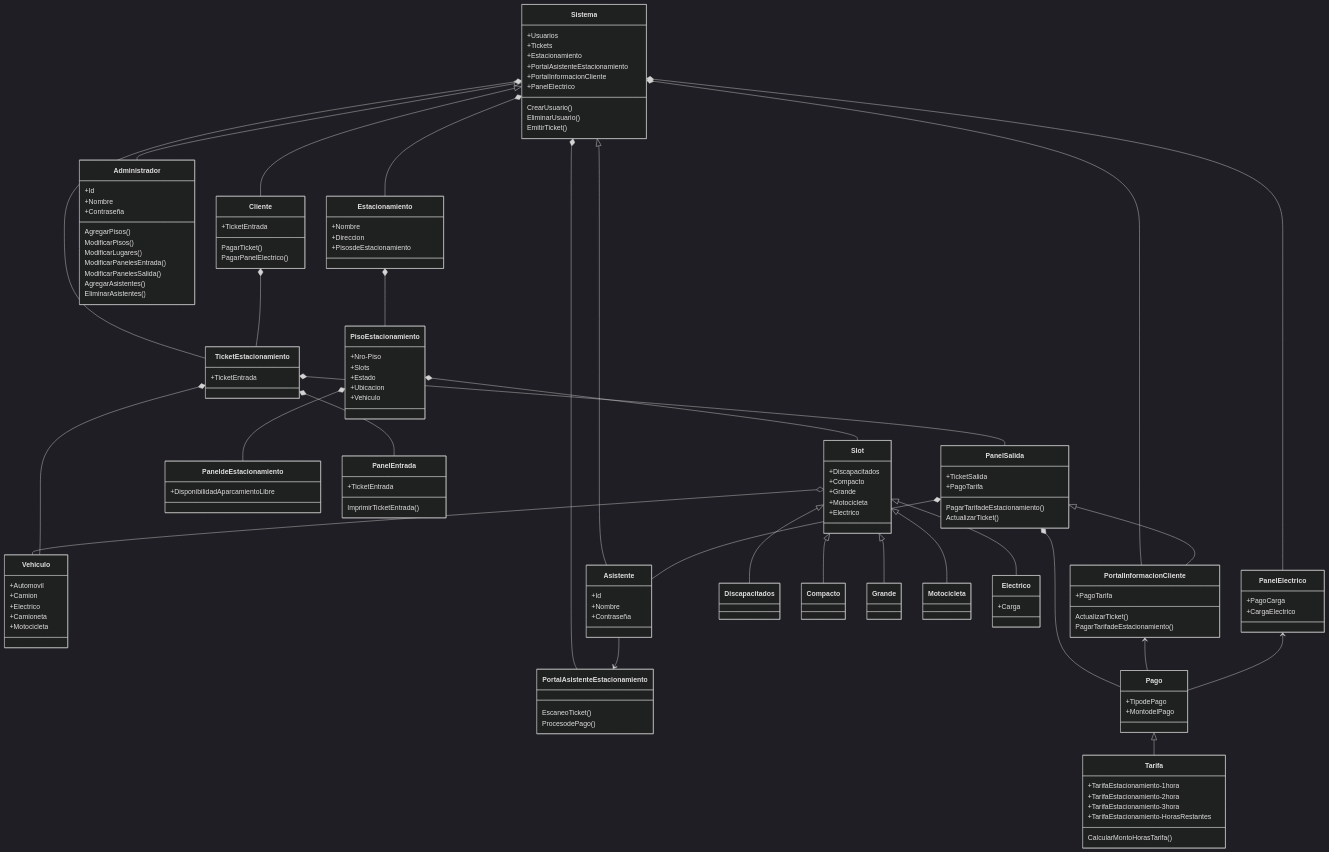
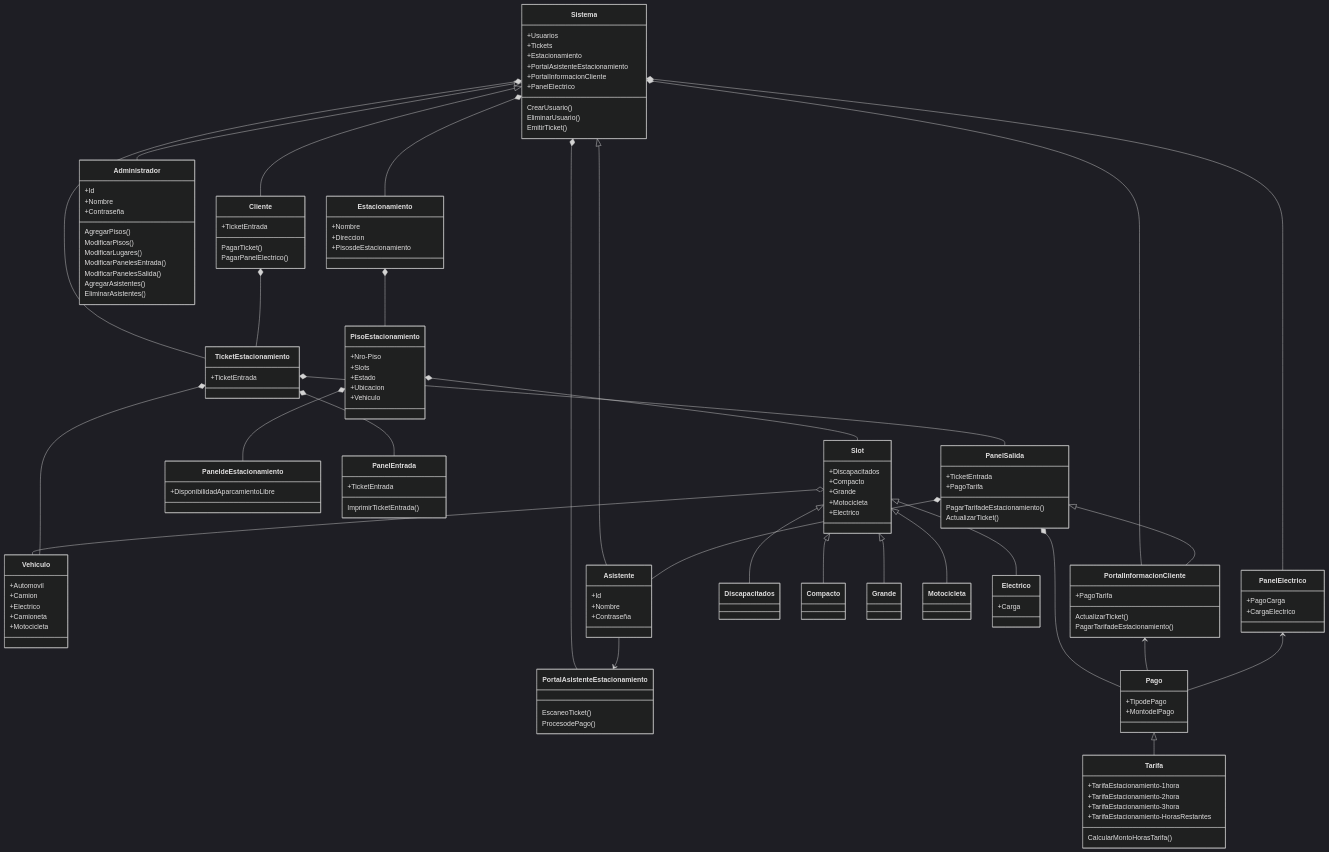
Before and after one commit to 09MauroID/Estacionamiento: the diagram in doc/diagrama.mmd, drawn with Mermaid (dark theme).

```diff
--- a/doc/diagrama.mmd
+++ b/doc/diagrama.mmd
@@ -1,149 +1,149 @@
 classDiagram
     Estacionamiento *-- PisoEstacionamiento
     PisoEstacionamiento *-- Slot
     Slot o-- Vehiculo
     PisoEstacionamiento *-- PaneldeEstacionamiento
     
     Sistema *-- Estacionamiento
     Sistema *-- TicketEstacionamiento
     Sistema *-- PortalAsistenteEstacionamiento
     Sistema *-- PortalInformacionCliente
     Sistema *-- PanelElectrico
 
     Slot <|-- Discapacitados
     Slot <|-- Compacto
     Slot <|-- Grande
     Slot <|-- Motocicleta
     Slot <|-- Electrico
     
     Sistema <|-- Administrador
     Sistema <|-- Cliente
     Sistema <|-- Asistente
     
     Asistente --> PortalAsistenteEstacionamiento
 
     Cliente *-- TicketEstacionamiento
 
     TicketEstacionamiento *-- PanelEntrada
     TicketEstacionamiento *-- PanelSalida
     TicketEstacionamiento *-- Vehiculo
 
     PanelSalida *-- Asistente
     PanelSalida *-- Pago
     PanelSalida <|-- PortalInformacionCliente    
 
     PortalInformacionCliente <-- Pago
 
     PanelElectrico <-- Pago
 
     Pago <|-- Tarifa
 
     class Sistema
     Sistema: +Usuarios
     Sistema: +Tickets
     Sistema: +Estacionamiento
     Sistema: +PortalAsistenteEstacionamiento
     Sistema: +PortalInformacionCliente
     Sistema: +PanelElectrico
     Sistema: CrearUsuario()
     Sistema: EliminarUsuario()
     Sistema: EmitirTicket()
 
     class Estacionamiento
     Estacionamiento: +Nombre
     Estacionamiento: +Direccion
     Estacionamiento: +PisosdeEstacionamiento
 
     class PisoEstacionamiento
     PisoEstacionamiento: +Nro-Piso
     PisoEstacionamiento: +Slots
     PisoEstacionamiento: +Estado
     PisoEstacionamiento: +Ubicacion
     PisoEstacionamiento: +Vehiculo
 
     class Slot
     Slot: +Discapacitados
     Slot: +Compacto
     Slot: +Grande
     Slot: +Motocicleta
     Slot: +Electrico
     
     class Discapacitados
 
     class Compacto
     
     class Grande
     
     class Motocicleta
     
     class Electrico
     Electrico: +Carga
 
     class Vehiculo
     Vehiculo: +Automovil
     Vehiculo: +Camion
     Vehiculo: +Electrico
     Vehiculo: +Camioneta
     Vehiculo: +Motocicleta
 
     class Administrador
     Administrador: +Id
     Administrador: +Nombre
     Administrador: +Contraseña
     Administrador: AgregarPisos()
     Administrador: ModificarPisos()
     Administrador: ModificarLugares()
     Administrador: ModificarPanelesEntrada()
     Administrador: ModificarPanelesSalida()
     Administrador: AgregarAsistentes()
     Administrador: EliminarAsistentes()
 
     class Asistente
     Asistente: +Id
     Asistente: +Nombre
     Asistente: +Contraseña
     
     class Cliente
     Cliente: +TicketEntrada
     Cliente: PagarTicket()
     Cliente: PagarPanelElectrico()
 
     class TicketEstacionamiento
     TicketEstacionamiento: +TicketEntrada
 
     class PanelEntrada
     PanelEntrada: +TicketEntrada
     PanelEntrada: ImprimirTicketEntrada()
 
     class PanelSalida
-    PanelSalida: +TicketSalida
+    PanelSalida: +TicketEntrada
     PanelSalida: +PagoTarifa
     PanelSalida: PagarTarifadeEstacionamiento()
     PanelSalida: ActualizarTicket()
 
     class Pago
     Pago: +TipodePago
     Pago: +MontodelPago
 
     class Tarifa
     Tarifa: +TarifaEstacionamiento-1hora
     Tarifa: +TarifaEstacionamiento-2hora
     Tarifa: +TarifaEstacionamiento-3hora
     Tarifa: +TarifaEstacionamiento-HorasRestantes
     Tarifa: CalcularMontoHorasTarifa()
 
     class PaneldeEstacionamiento
     PaneldeEstacionamiento: +DisponibilidadAparcamientoLibre
 
     class PortalAsistenteEstacionamiento
     PortalAsistenteEstacionamiento: EscaneoTicket()
     PortalAsistenteEstacionamiento: ProcesodePago()
 
     class PortalInformacionCliente
     PortalInformacionCliente: +PagoTarifa
     PortalInformacionCliente: ActualizarTicket()
     PortalInformacionCliente: PagarTarifadeEstacionamiento()
 
     class PanelElectrico
     PanelElectrico: +PagoCarga
     PanelElectrico: +CargaElectrico
```
